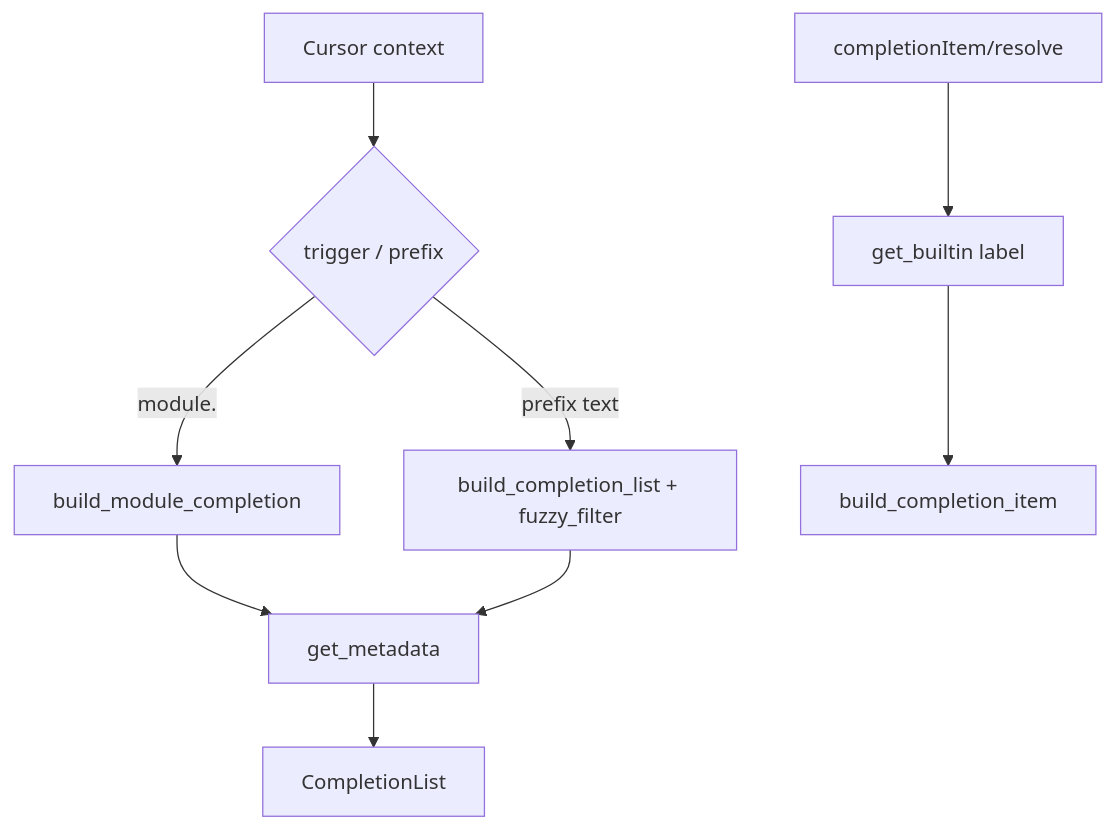
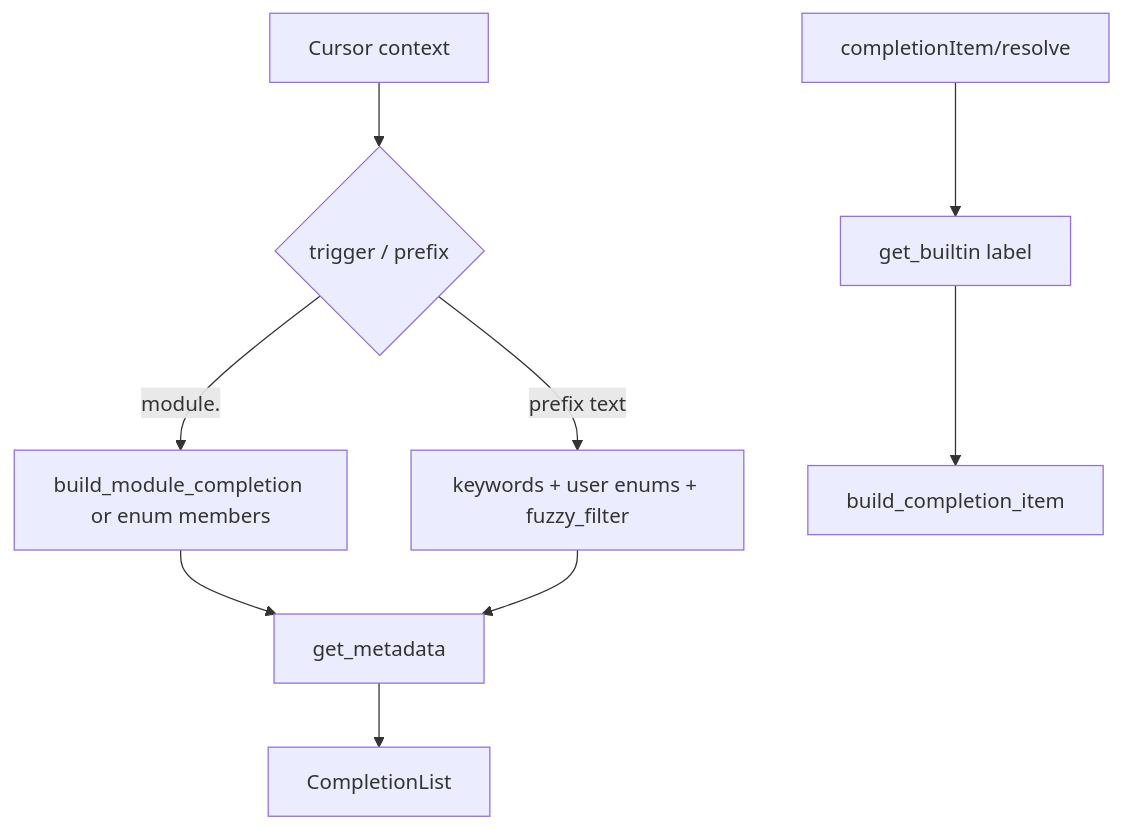
One commit to hoox-sh/pyne changed the diagram in docs/pyne/lsp/features/completion.mdx. Above: the diagram before and after it, drawn with Mermaid. The commit also changed other lines of this file and 101 other files, not shown here.

````diff
--- a/docs/pyne/lsp/features/completion.mdx
+++ b/docs/pyne/lsp/features/completion.mdx
@@ -33,11 +33,11 @@
 ```mermaid
 flowchart TD
   CUR[Cursor context] --> TR{trigger / prefix}
-  TR -->|module.| MOD[build_module_completion]
-  TR -->|prefix text| ALL[build_completion_list + fuzzy_filter]
+  TR -->|module.| MOD[build_module_completion or enum members]
+  TR -->|prefix text| ALL[keywords + user enums + fuzzy_filter]
   MOD --> META[get_metadata]
   ALL --> META
   META --> ITEMS[CompletionList]
   RES[completionItem/resolve] --> GET[get_builtin label]
   GET --> FULL[build_completion_item]
 ```
````
